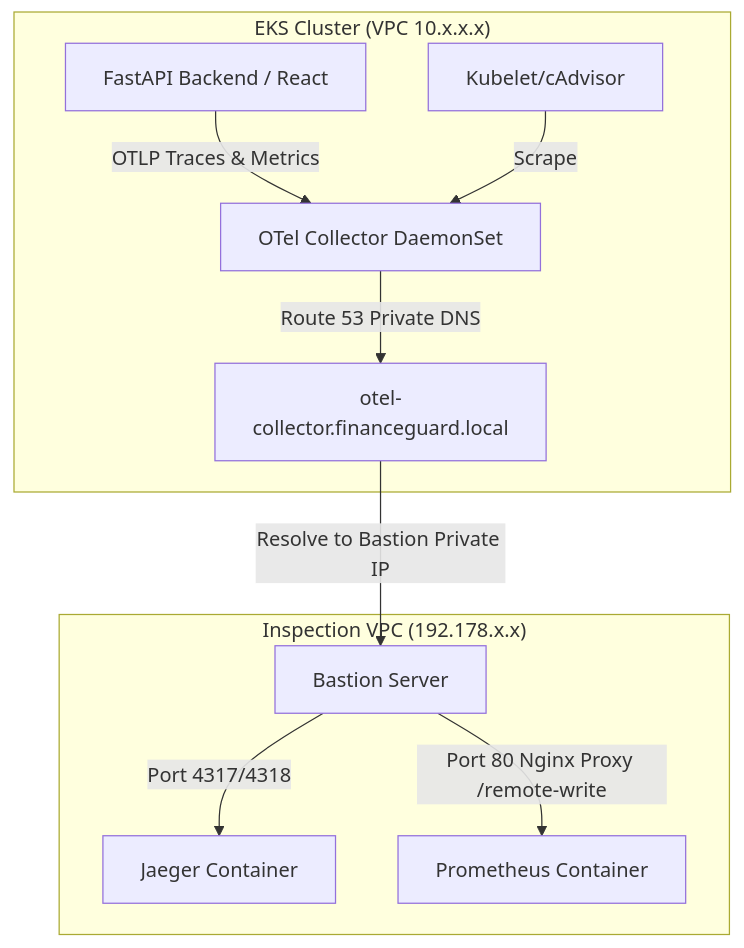
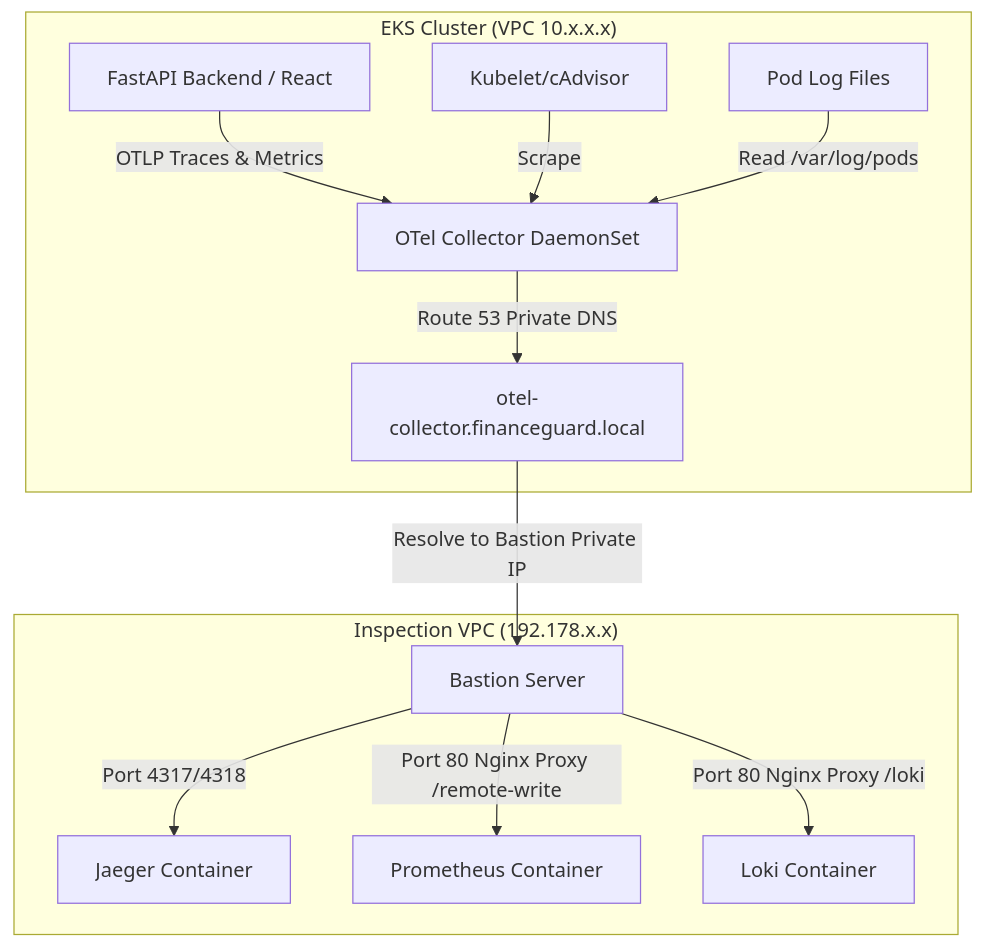
The diagram in docs/telemetry_forwarding_guide.md (arshappleid/aws-eks-openTel-pci-dss), drawn with Mermaid before and after one commit. The commit also changed other lines of this file and 4 other files, not shown here.

````diff
--- a/docs/telemetry_forwarding_guide.md
+++ b/docs/telemetry_forwarding_guide.md
@@ -11,14 +11,16 @@
 ```mermaid
 graph TD
     subgraph "EKS Cluster (VPC 10.x.x.x)"
         App[FastAPI Backend / React] -->|OTLP Traces & Metrics| LocalCollector[OTel Collector DaemonSet]
         Kubelet[Kubelet/cAdvisor] -->|Scrape| LocalCollector
+        Logs[Pod Log Files] -->|Read /var/log/pods| LocalCollector
         LocalCollector -->|Route 53 Private DNS| DNS[otel-collector.financeguard.local]
     end
 
     subgraph "Inspection VPC (192.178.x.x)"
         DNS -->|Resolve to Bastion Private IP| Bastion[Bastion Server]
         Bastion -->|Port 4317/4318| Jaeger[Jaeger Container]
         Bastion -->|Port 80 Nginx Proxy /remote-write| Prom[Prometheus Container]
+        Bastion -->|Port 80 Nginx Proxy /loki| Loki[Loki Container]
     end
 ```
````
